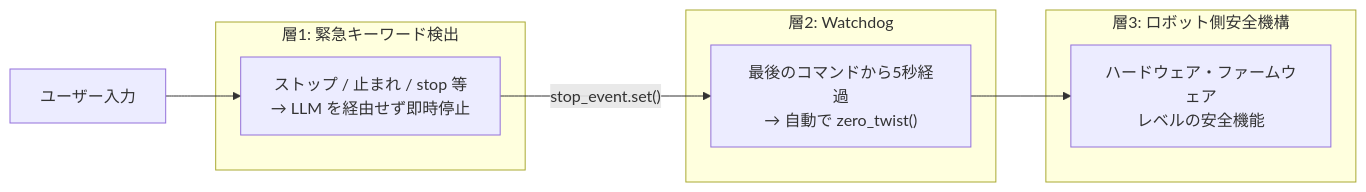
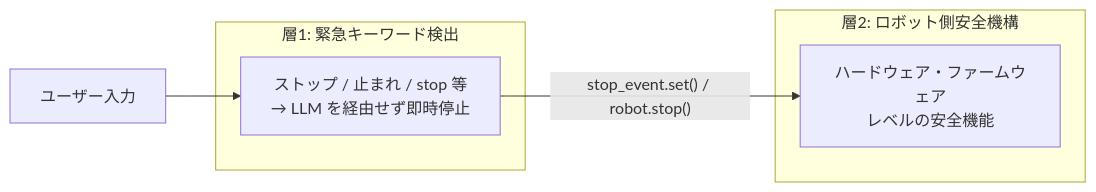
The second of 11 diagrams in docs/Design.md (sato-susumu/susumu_agent), drawn with Mermaid before and after one commit. The commit also changed other lines of this file and 13 other files, not shown here.

````diff
--- a/docs/Design.md
+++ b/docs/Design.md
@@ -217,20 +232,15 @@
 ```mermaid
 flowchart LR
     Input["ユーザー入力"]
 
     subgraph "層1: 緊急キーワード検出"
         EK["ストップ / 止まれ / stop 等\n→ LLM を経由せず即時停止"]
     end
 
-    subgraph "層2: Watchdog"
-        WD["最後のコマンドから5秒経過\n→ 自動で zero_twist()"]
-    end
-
-    subgraph "層3: ロボット側安全機構"
+    subgraph "層2: ロボット側安全機構"
         HW["ハードウェア・ファームウェア\nレベルの安全機能"]
     end
 
     Input --> EK
-    EK -->|"stop_event.set()"| WD
-    WD --> HW
+    EK -->|"stop_event.set() / robot.stop()"| HW
 ```
````
